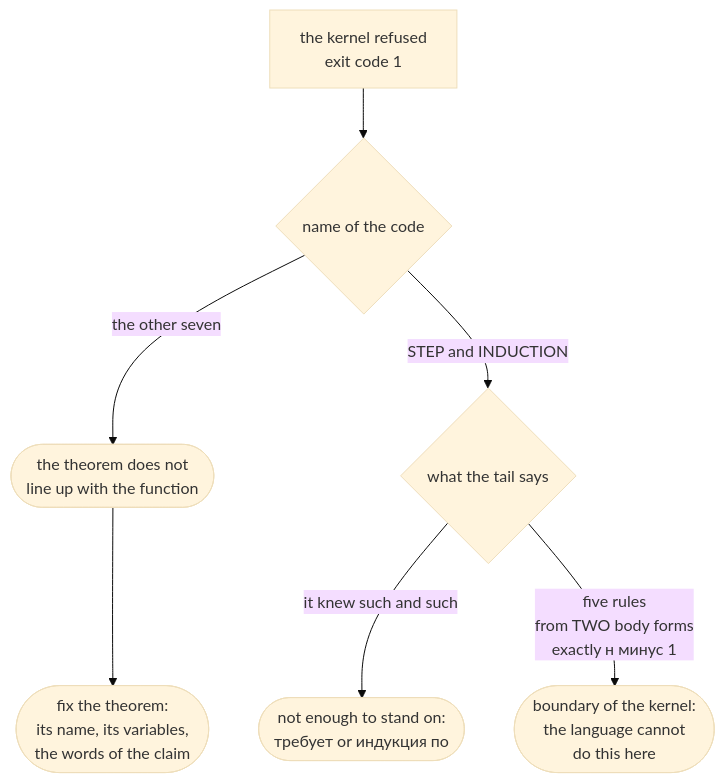
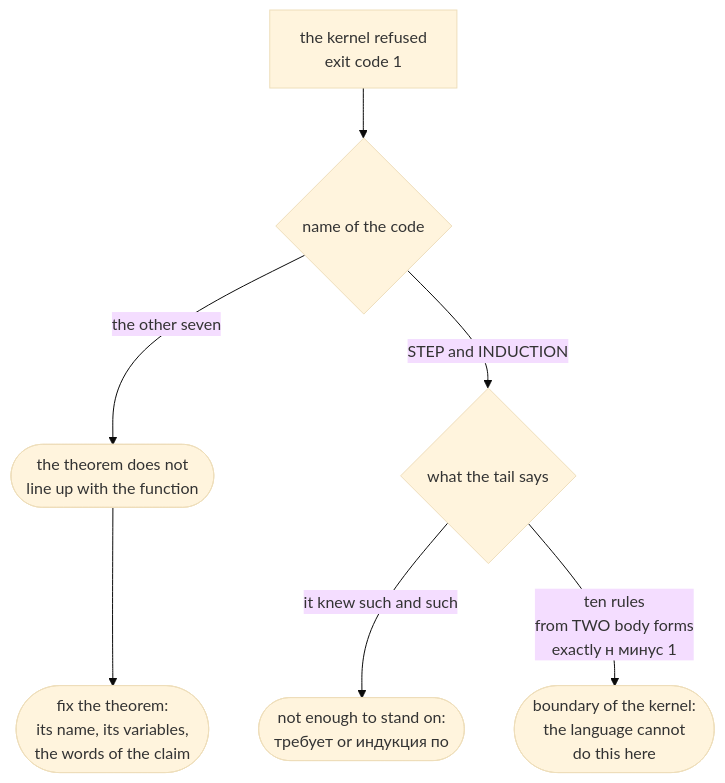
One commit to digitable-lol/flang changed the diagram in docs/site/proof-refused.md. Above: the diagram before and after it, drawn with Mermaid (base theme). The commit also changed other lines of this file and 65 other files, not shown here.

````diff
--- a/docs/site/proof-refused.md
+++ b/docs/site/proof-refused.md
@@ -84,12 +86,12 @@
 ```mermaid A kernel refusal: where to fix it
 flowchart TD
   A[the kernel refused<br>exit code 1] --> B{name of the code}
   B -->|the other seven| C([the theorem does not<br>line up with the function])
   B -->|STEP and INDUCTION| D{what the tail says}
   C --> G([fix the theorem:<br>its name, its variables,<br>the words of the claim])
   D -->|it knew such and such| E([not enough to stand on:<br>требует or индукция по])
-  D -->|five rules<br>from TWO body forms<br>exactly н минус 1| F([boundary of the kernel:<br>the language cannot<br>do this here])
+  D -->|ten rules<br>from TWO body forms<br>exactly н минус 1| F([boundary of the kernel:<br>the language cannot<br>do this here])
   class G vyvod
   class E glavnoe
   class F otkaz
 ```
````
